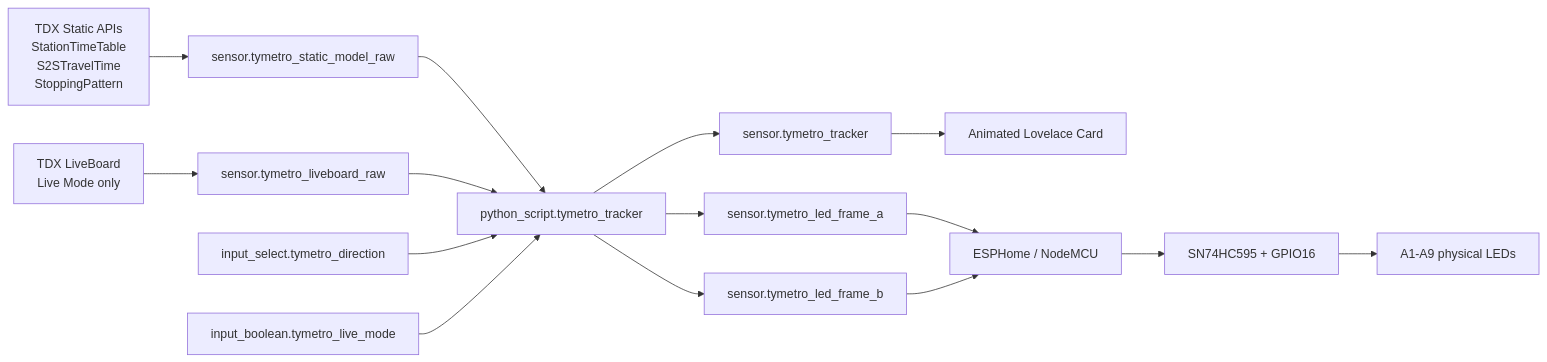
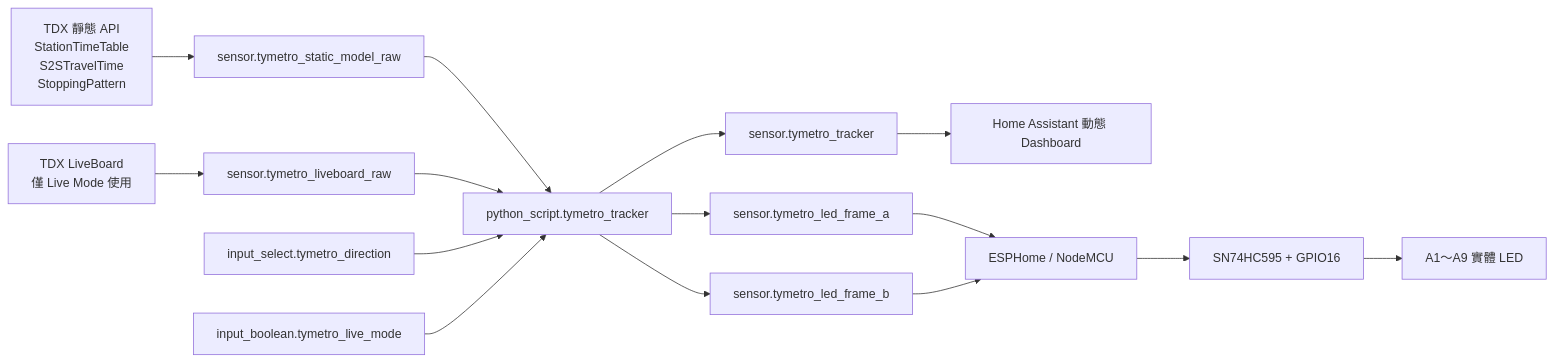
One commit to ryan11280/tymetro-ha-led-tracker changed the diagram in README.md. Above: the diagram before and after it, drawn with Mermaid. The commit also changed other lines of this file and 18 other files, not shown here.

````diff
--- a/README.md
+++ b/README.md
@@ -30,20 +109,26 @@
 ```mermaid
 flowchart LR
-    TDXS[TDX Static APIs\nStationTimeTable\nS2STravelTime\nStoppingPattern] --> STATIC[sensor.tymetro_static_model_raw]
-    TDXL[TDX LiveBoard\nLive Mode only] --> LIVE[sensor.tymetro_liveboard_raw]
+    TDXS[TDX 靜態 API<br/>StationTimeTable<br/>S2STravelTime<br/>StoppingPattern]
+    TDXL[TDX LiveBoard<br/>僅 Live Mode 使用]
+
+    TDXS --> STATIC[sensor.tymetro_static_model_raw]
+    TDXL --> LIVE[sensor.tymetro_liveboard_raw]
 
     STATIC --> CORE[python_script.tymetro_tracker]
     LIVE --> CORE
+
     DIR[input_select.tymetro_direction] --> CORE
     MODE[input_boolean.tymetro_live_mode] --> CORE
 
     CORE --> TRACKER[sensor.tymetro_tracker]
     CORE --> FA[sensor.tymetro_led_frame_a]
     CORE --> FB[sensor.tymetro_led_frame_b]
 
-    TRACKER --> UI[Animated Lovelace Card]
+    TRACKER --> UI[Home Assistant 動態 Dashboard]
+
     FA --> ESP[ESPHome / NodeMCU]
     FB --> ESP
+
     ESP --> HC[SN74HC595 + GPIO16]
-    HC --> LED[A1-A9 physical LEDs]
+    HC --> LED[A1～A9 實體 LED]
 ```
````
